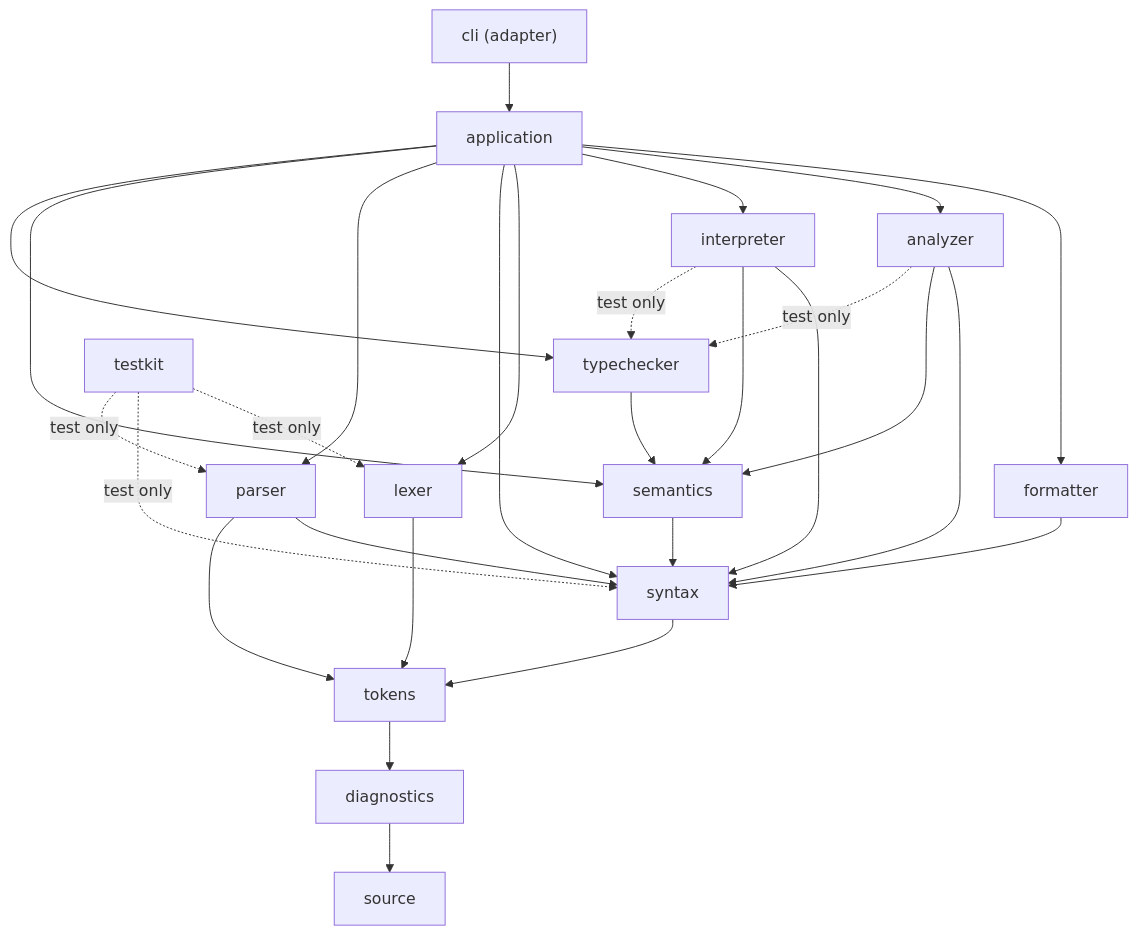
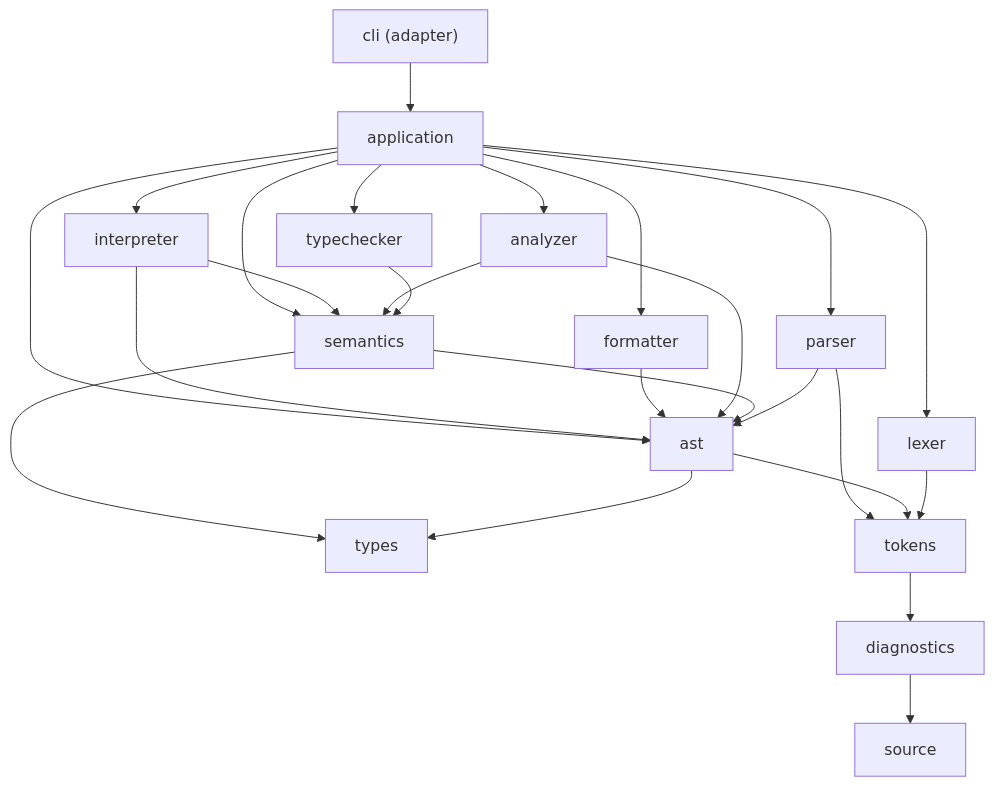
One commit to GarroteSantiago/printscript changed the first of 3 diagrams in docs/architecture.md. Above: the diagram before and after it, drawn with Mermaid. The commit also changed other lines of this file and 109 other files, not shown here.

First line of the commit message:
refactor(ast,types): rename syntax to ast and split out a types module

````diff
--- a/docs/architecture.md
+++ b/docs/architecture.md
@@ -35,30 +36,27 @@
 ```mermaid
 graph TD
     cli["cli (adapter)"] --> application
     application --> formatter
     application --> analyzer
     application --> interpreter
     application --> lexer
-    application --> syntax
+    application --> ast
     application --> parser
     application --> semantics
     application --> typechecker
-    interpreter --> syntax
+    interpreter --> ast
     interpreter --> semantics
-    formatter --> syntax
-    analyzer --> syntax
+    formatter --> ast
+    analyzer --> ast
     analyzer --> semantics
     typechecker --> semantics
-    semantics --> syntax
-    parser --> syntax
+    semantics --> ast
+    semantics --> types
+    parser --> ast
     parser --> tokens
-    syntax --> tokens
+    ast --> tokens
+    ast --> types
     lexer --> tokens
     tokens --> diagnostics
     diagnostics --> source
-    testkit -.test only.-> lexer
-    testkit -.test only.-> syntax
-    testkit -.test only.-> parser
-    interpreter -.test only.-> typechecker
-    analyzer -.test only.-> typechecker
 ```
````
